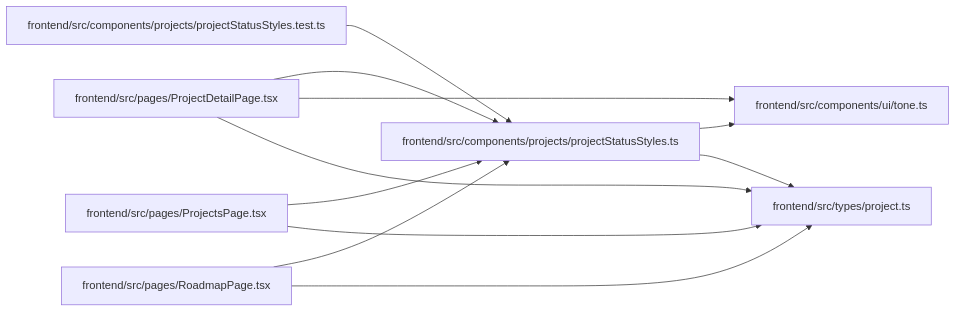
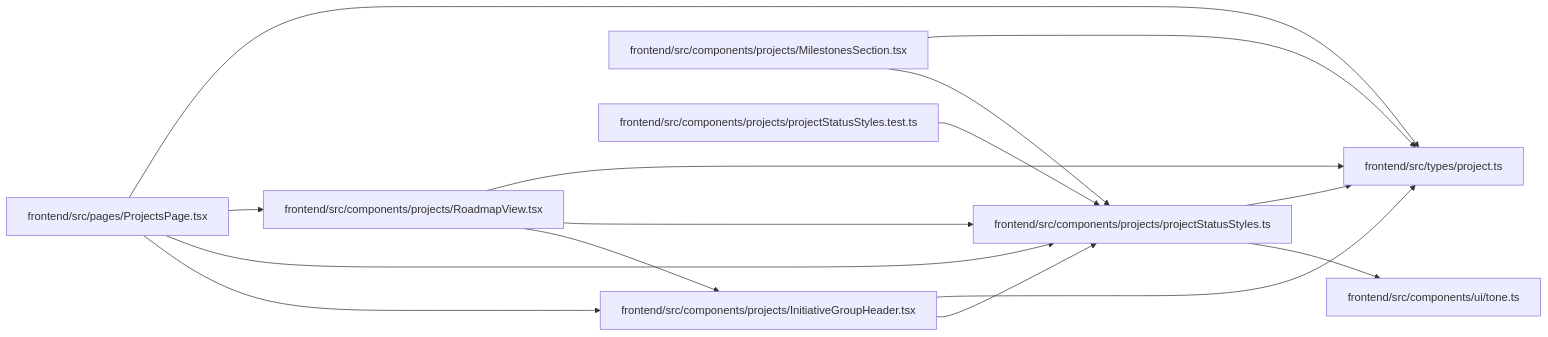
The diagram in docs/llm_wiki/modules/projectStatusStyles.md (Denissvgn/WorkChord), drawn with Mermaid before and after one commit. The commit also changed other lines of this file and 2373 other files, not shown here.

````diff
--- a/docs/llm_wiki/modules/projectStatusStyles.md
+++ b/docs/llm_wiki/modules/projectStatusStyles.md
@@ -29,27 +29,33 @@
 ```mermaid
 flowchart LR
-    n0["frontend/src/components/projects/projectStatusStyles.test.ts"]
-    n1["frontend/src/components/projects/projectStatusStyles.ts"]
-    n2["frontend/src/components/ui/tone.ts"]
-    n3["frontend/src/pages/ProjectDetailPage.tsx"]
-    n4["frontend/src/pages/ProjectsPage.tsx"]
-    n5["frontend/src/pages/RoadmapPage.tsx"]
-    n6["frontend/src/types/project.ts"]
-    n0 --> n1
-    n1 --> n2
-    n1 --> n6
-    n3 --> n1
-    n3 --> n2
-    n3 --> n6
-    n4 --> n1
-    n4 --> n6
-    n5 --> n1
-    n5 --> n6
-    click n0 "../modules/projectStatusStyles.test.md"
-    click n1 "../modules/projectStatusStyles.md"
-    click n2 "../modules/tone.md"
-    click n3 "../modules/ProjectDetailPage.md"
-    click n4 "../modules/ProjectsPage.md"
-    click n5 "../modules/RoadmapPage.md"
-    click n6 "../modules/types_project.md"
+    n0["frontend/src/components/projects/InitiativeGroupHeader.tsx"]
+    n1["frontend/src/components/projects/MilestonesSection.tsx"]
+    n2["frontend/src/components/projects/projectStatusStyles.test.ts"]
+    n3["frontend/src/components/projects/projectStatusStyles.ts"]
+    n4["frontend/src/components/projects/RoadmapView.tsx"]
+    n5["frontend/src/components/ui/tone.ts"]
+    n6["frontend/src/pages/ProjectsPage.tsx"]
+    n7["frontend/src/types/project.ts"]
+    n0 --> n3
+    n0 --> n7
+    n1 --> n3
+    n1 --> n7
+    n2 --> n3
+    n3 --> n5
+    n3 --> n7
+    n4 --> n0
+    n4 --> n3
+    n4 --> n7
+    n6 --> n0
+    n6 --> n3
+    n6 --> n4
+    n6 --> n7
+    click n0 "../modules/InitiativeGroupHeader.md"
+    click n1 "../modules/MilestonesSection.md"
+    click n2 "../modules/projectStatusStyles.test.md"
+    click n3 "../modules/projectStatusStyles.md"
+    click n4 "../modules/RoadmapView.md"
+    click n5 "../modules/tone.md"
+    click n6 "../modules/ProjectsPage.md"
+    click n7 "../modules/types_project.md"
 ```
````
